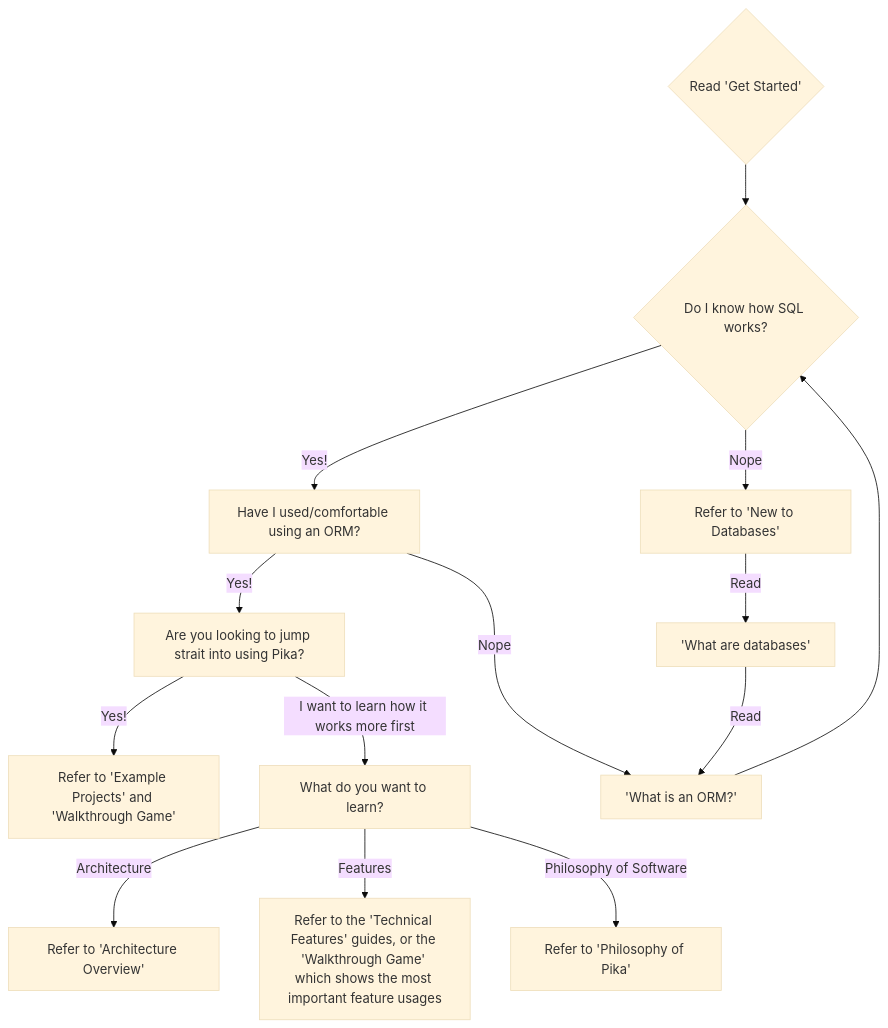
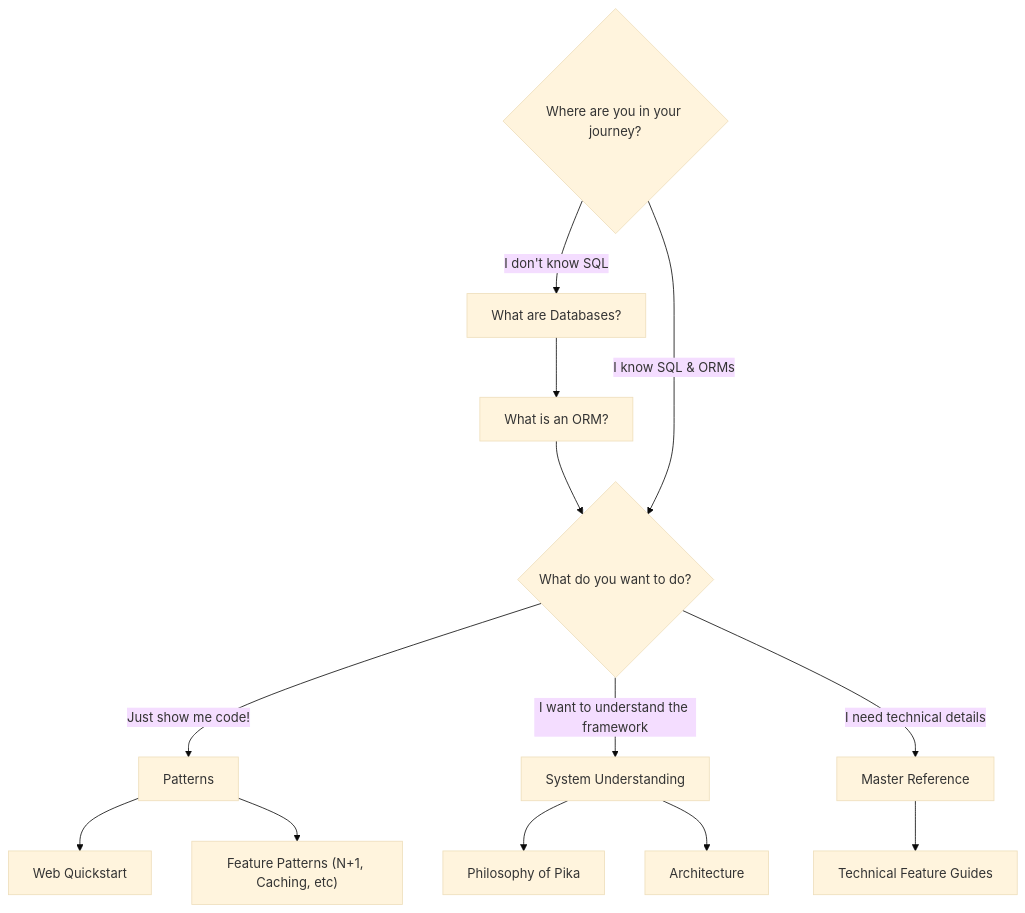
The diagram in docs/docs_draft/get-started.md (msu/pika-orm), drawn with Mermaid (base theme) before and after one commit. The commit also changed other lines of this file and 40 other files, not shown here.

````diff
--- a/docs/docs_draft/get-started.md
+++ b/docs/docs_draft/get-started.md
@@ -39,22 +39,21 @@
 ```mermaid
 flowchart TD
-    U{Read 'Get Started'}
-    U --> A
-    A{Do I know how SQL works?}
-    A -->|Yes!| B[Have I used/comfortable using an ORM?]
-    B --> |Yes!|F[Are you looking to jump strait into using Pika?]
-    F --> |Yes!|H[Refer to 'Example Projects' and 'Walkthrough Game']
-    F --> |I want to learn how it works more first|J[What do you want to learn?]
-    B --> |Nope|E
-    A -->|Nope| C[Refer to 'New to Databases']
-    C --> |Read|D['What are databases']
-    D --> |Read|E['What is an ORM?']
-    E --> A
-
-
-    J --> |Architecture|L[Refer to 'Architecture Overview']
-    J --> |Features|P[Refer to the 'Technical Features' guides, or the 'Walkthrough Game' which shows the most important feature usages] 
-    J --> |Philosophy of Software|K[Refer to 'Philosophy of Pika']
-
-
+    Start{Where are you in your journey?}
+    
+    Start --> |I don't know SQL|ReadDB["What are Databases?"]
+    ReadDB --> ReadORM["What is an ORM?"]
+    ReadORM --> NextStep
+    
+    Start -->|I know SQL & ORMs| NextStep{What do you want to do?}
+    
+    NextStep -->|Just show me code!| Patterns[Patterns]
+    Patterns --> Quickstart["Web Quickstart"]
+    Patterns --> CommonPatterns["Feature Patterns (N+1, Caching, etc)"]
+    
+    NextStep -->|I want to understand the framework| System[System Understanding]
+    System --> Phil["Philosophy of Pika"]
+    System --> Arch["Architecture"]
+    
+    NextStep -->|I need technical details| Ref[Master Reference]
+    Ref --> TechGuides["Technical Feature Guides"]
 ```
````
